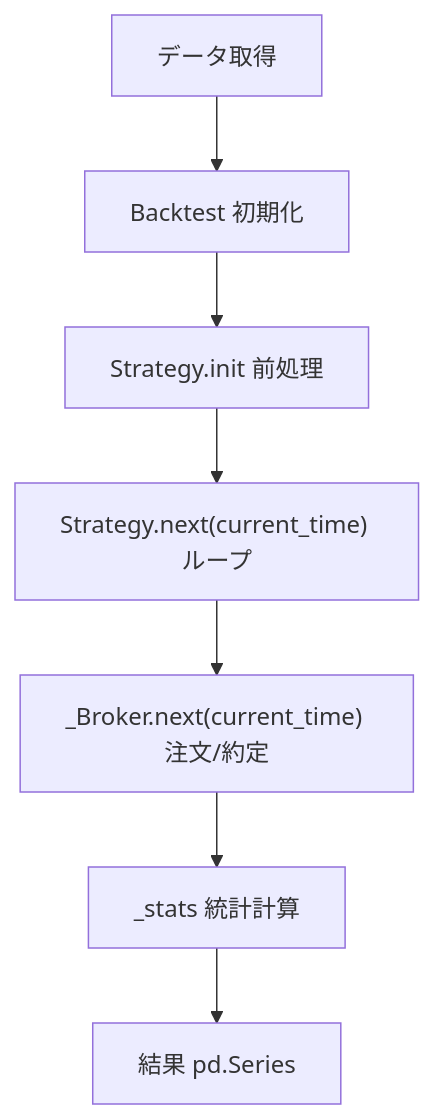
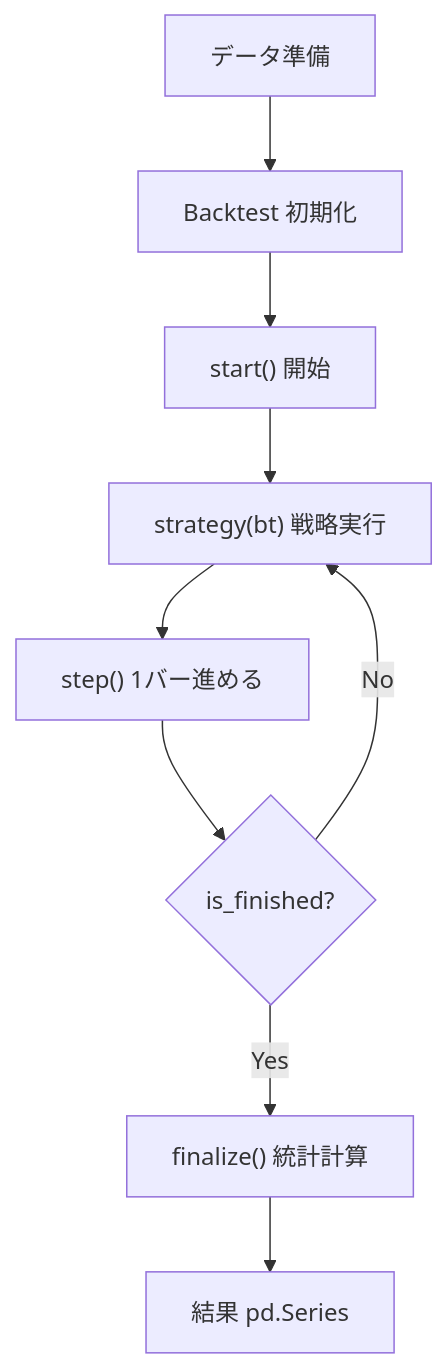
Before and after one commit to botterYosuke/BackcastPro: the diagram in docs/index.md, drawn with Mermaid. The commit also changed other lines of this file and 9 other files, not shown here.

````diff
--- a/docs/index.md
+++ b/docs/index.md
@@ -57,9 +58,11 @@
 ```mermaid
 flowchart TD
-    A["データ取得"] --> B["Backtest 初期化"]
-    B --> C["Strategy.init 前処理"]
-    C --> D["Strategy.next(current_time) ループ"]
-    D --> E["_Broker.next(current_time) 注文/約定"]
-    E --> F["_stats 統計計算"]
-    F --> G["結果 pd.Series"]
+    A["データ準備"] --> B["Backtest 初期化"]
+    B --> C["start() 開始"]
+    C --> D["strategy(bt) 戦略実行"]
+    D --> E["step() 1バー進める"]
+    E --> F{"is_finished?"}
+    F -->|No| D
+    F -->|Yes| G["finalize() 統計計算"]
+    G --> H["結果 pd.Series"]
 ```
````
